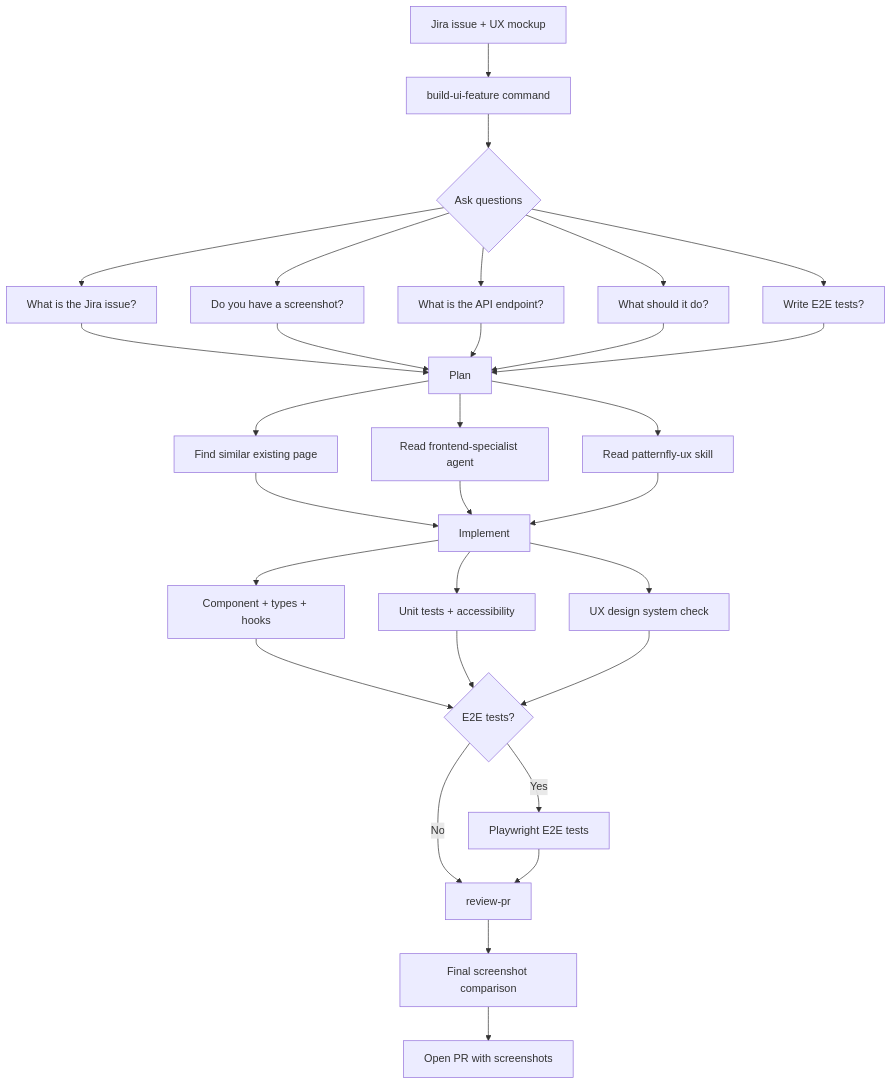
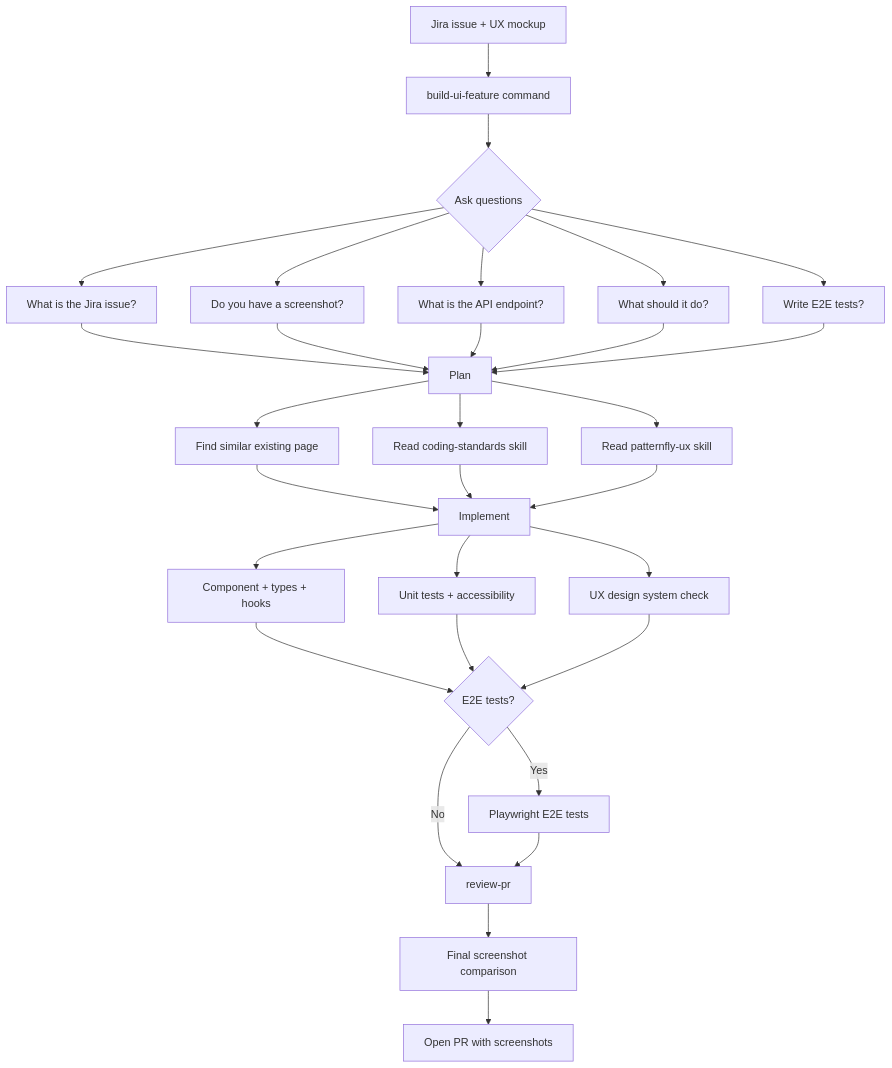
Before and after one commit to alinabuzachis/syntara: the diagram in docs/ai-assisted-development.md, drawn with Mermaid. The commit also changed other lines of this file and 5 other files, not shown here.

First line of the commit message:
chore: convert frontend-specialist agent to skill-based triggers (#746)

````diff
--- a/docs/ai-assisted-development.md
+++ b/docs/ai-assisted-development.md
@@ -31,24 +31,24 @@
 ```mermaid
 flowchart TD
     A[Jira issue + UX mockup] --> B["build-ui-feature command"]
     B --> C{Ask questions}
     C --> C1[What is the Jira issue?]
     C --> C2[Do you have a screenshot?]
     C --> C3[What is the API endpoint?]
     C --> C4[What should it do?]
     C --> C5[Write E2E tests?]
     C1 & C2 & C3 & C4 & C5 --> D[Plan]
     D --> D1[Find similar existing page]
-    D --> D2[Read frontend-specialist agent]
+    D --> D2[Read coding-standards skill]
     D --> D3[Read patternfly-ux skill]
     D1 & D2 & D3 --> E[Implement]
     E --> E1[Component + types + hooks]
     E --> E2[Unit tests + accessibility]
     E --> E3[UX design system check]
     E1 & E2 & E3 --> F{E2E tests?}
     F -- Yes --> G[Playwright E2E tests]
     F -- No --> H["review-pr"]
     G --> H
     H --> I[Final screenshot comparison]
     I --> J[Open PR with screenshots]
 ```
````
